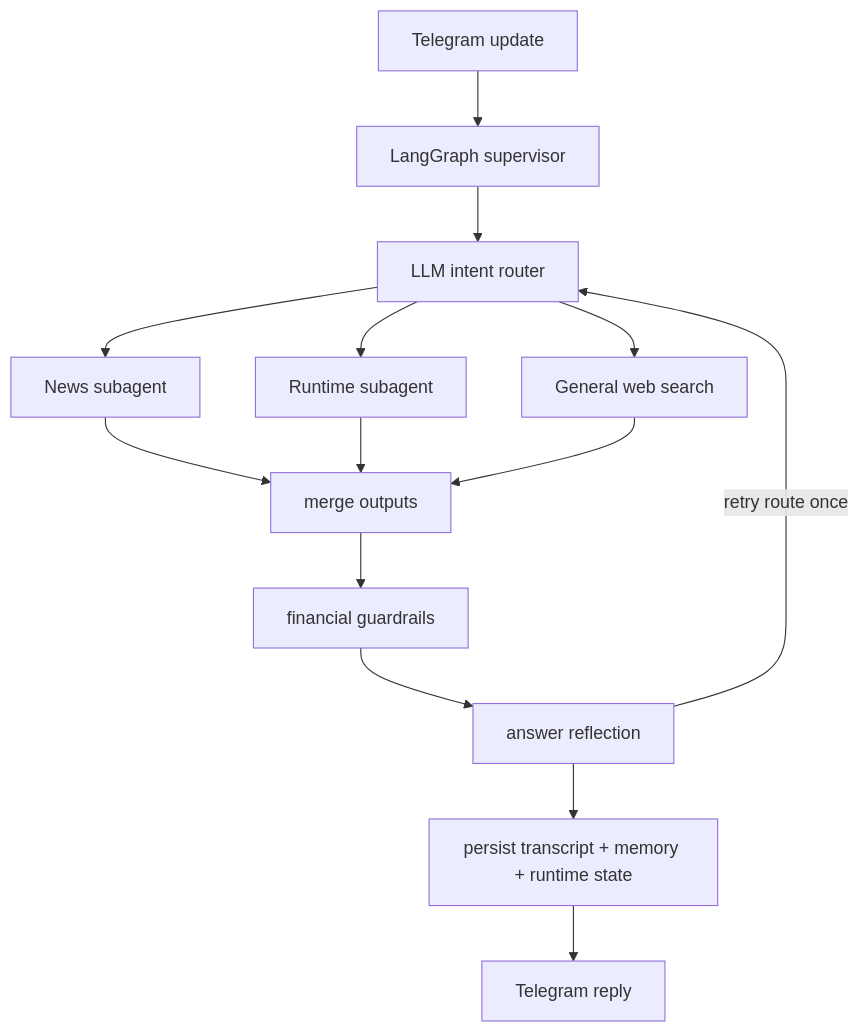
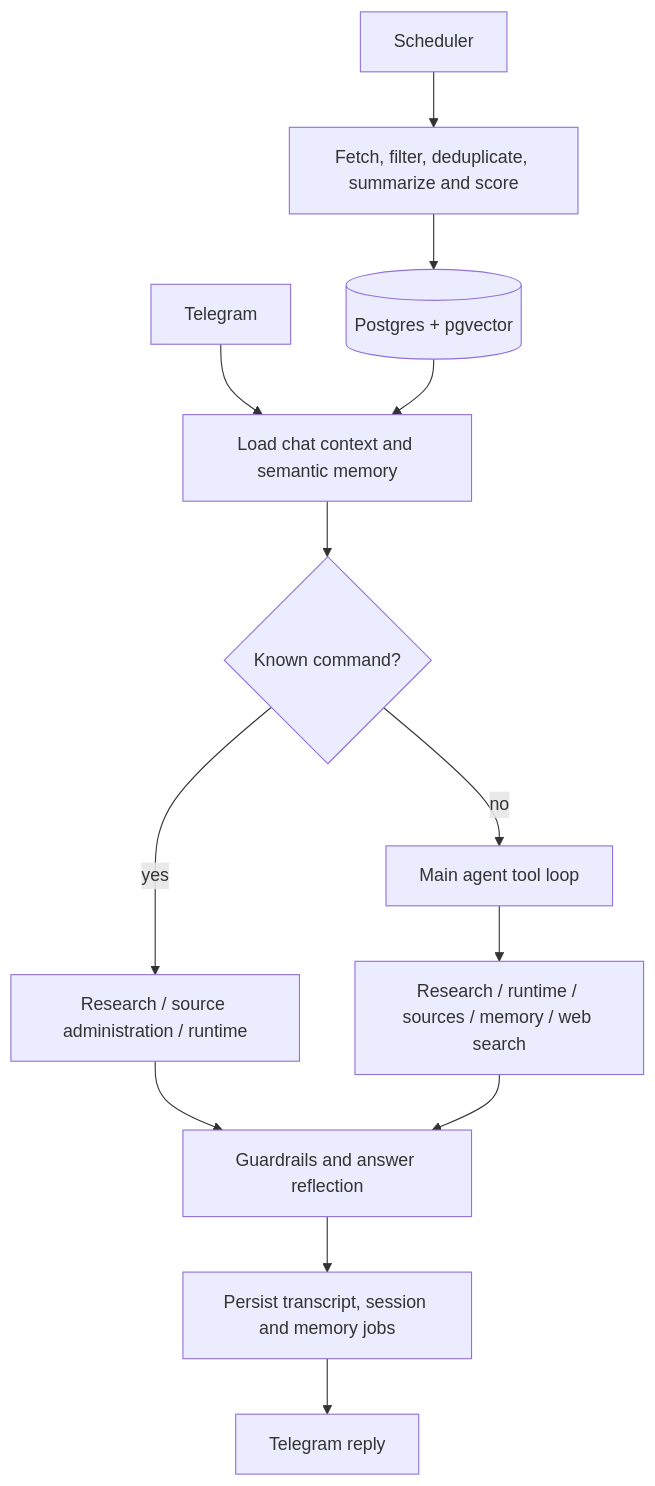
Before and after one commit to whr129/Hello-Stock: the diagram in README.md, drawn with Mermaid. The commit also changed other lines of this file and 92 other files, not shown here.

````diff
--- a/README.md
+++ b/README.md
@@ -31,16 +20,15 @@
 ```mermaid
 flowchart TD
-    telegram[Telegram update] --> supervisor[LangGraph supervisor]
-    supervisor --> router[LLM intent router]
-    router --> news[News subagent]
-    router --> runtime[Runtime subagent]
-    router --> search[General web search]
-    news --> merge[merge outputs]
-    runtime --> merge
-    search --> merge
-    merge --> guardrails[financial guardrails]
-    guardrails --> reflect[answer reflection]
-    reflect -->|retry route once| router
-    reflect --> persist[persist transcript + memory + runtime state]
-    persist --> reply[Telegram reply]
+    Telegram --> Context[Load chat context and semantic memory]
+    Context --> Dispatch{Known command?}
+    Dispatch -->|yes| Domain[Research / source administration / runtime]
+    Dispatch -->|no| Main[Main agent tool loop]
+    Main --> Tools[Research / runtime / sources / memory / web search]
+    Domain --> Checks[Guardrails and answer reflection]
+    Tools --> Checks
+    Checks --> Persist[Persist transcript, session and memory jobs]
+    Persist --> Reply[Telegram reply]
+    Scheduler --> Refresh[Fetch, filter, deduplicate, summarize and score]
+    Refresh --> Database[(Postgres + pgvector)]
+    Database --> Context
 ```
````
